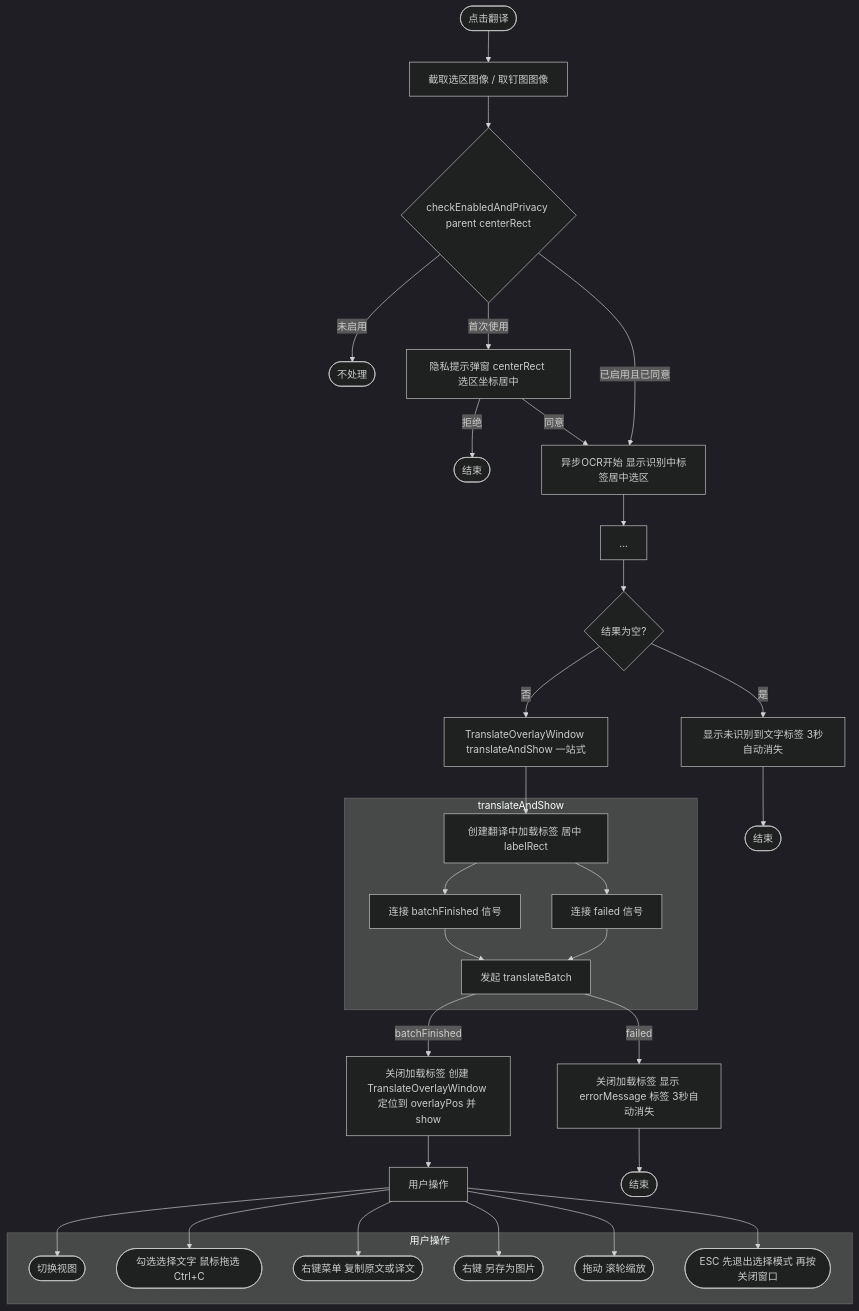
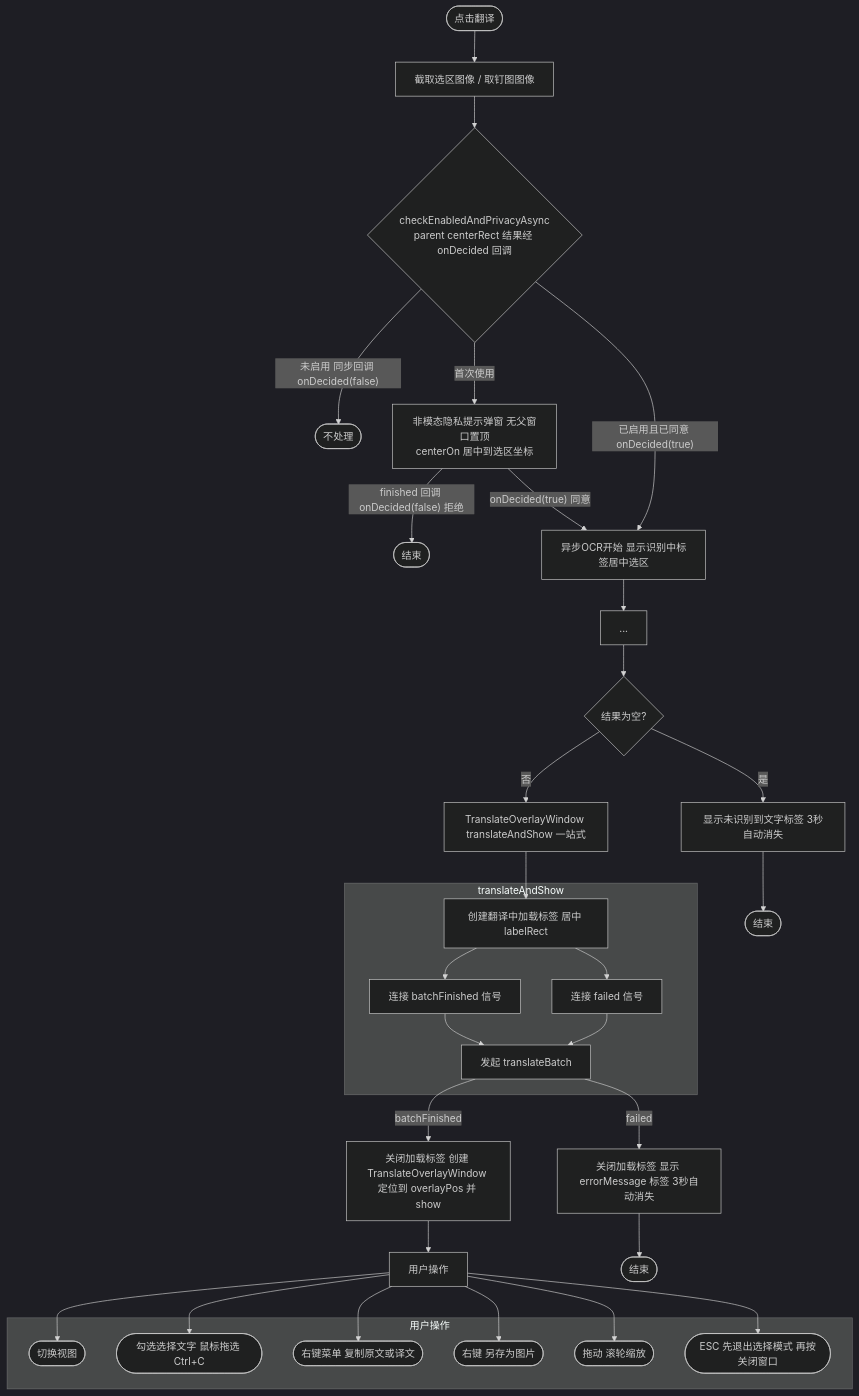
One commit to ChiangyangNPU/quick-shot changed the seventh of 12 diagrams in docs/translation-design.md. Above: the diagram before and after it, drawn with Mermaid (dark theme). The commit also changed other lines of this file and 3 other files, not shown here.

````diff
--- a/docs/translation-design.md
+++ b/docs/translation-design.md
@@ -439,49 +458,49 @@
 ```mermaid
 flowchart TD
     Start(["点击翻译"]) --> GetPix["截取选区图像 / 取钉图图像"]
-    GetPix --> Check{"checkEnabledAndPrivacy parent centerRect"}
-    Check -->|"未启用"| End0(["不处理"])
-    Check -->|"首次使用"| PrivacyDlg["隐私提示弹窗 centerRect 选区坐标居中"]
-    PrivacyDlg -->|"拒绝"| End1(["结束"])
-    PrivacyDlg -->|"同意"| OcrStart["异步OCR开始 显示识别中标签居中选区"]
+    GetPix --> Check{"checkEnabledAndPrivacyAsync<br/>parent centerRect 结果经 onDecided 回调"}
+    Check -->|"未启用 同步回调 onDecided(false)"| End0(["不处理"])
+    Check -->|"首次使用"| PrivacyDlg["非模态隐私提示弹窗 无父窗口置顶<br/>centerOn 居中到选区坐标"]
+    PrivacyDlg -->|"finished 回调 onDecided(false) 拒绝"| End1(["结束"])
+    PrivacyDlg -->|"onDecided(true) 同意"| OcrStart["异步OCR开始 显示识别中标签居中选区"]
 
-    Check -->|"已启用且已同意"| OcrStart
+    Check -->|"已启用且已同意 onDecided(true)"| OcrStart
 
     OcrStart --> OcrWait["..."]
     OcrWait --> OcrEmpty{"结果为空?"}
     OcrEmpty -->|"是"| EmptyTip["显示未识别到文字标签 3秒自动消失"] --> End2(["结束"])
     OcrEmpty -->|"否"| Translate["TranslateOverlayWindow translateAndShow 一站式"]
 
     subgraph translateAndShow
         T1["创建翻译中加载标签 居中 labelRect"]
         T2["连接 batchFinished 信号"]
         T3["连接 failed 信号"]
         T4["发起 translateBatch"]
     end
     Translate --> T1
     T1 --> T2
     T1 --> T3
     T2 --> T4
     T3 --> T4
 
     T4 -->|"batchFinished"| Ok["关闭加载标签 创建 TranslateOverlayWindow 定位到 overlayPos 并 show"]
     T4 -->|"failed"| Fail["关闭加载标签 显示 errorMessage 标签 3秒自动消失"]
 
     Ok --> UserOper["用户操作"]
     Fail --> End3(["结束"])
 
     subgraph 用户操作
         U1(["切换视图"])
         U2(["勾选选择文字 鼠标拖选 Ctrl+C"])
         U3(["右键菜单 复制原文或译文"])
         U4(["右键 另存为图片"])
         U5(["拖动 滚轮缩放"])
         U6(["ESC 先退出选择模式 再按关闭窗口"])
     end
     UserOper --> U1
     UserOper --> U2
     UserOper --> U3
     UserOper --> U4
     UserOper --> U5
     UserOper --> U6
 ```
````
